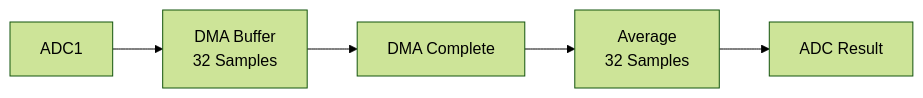
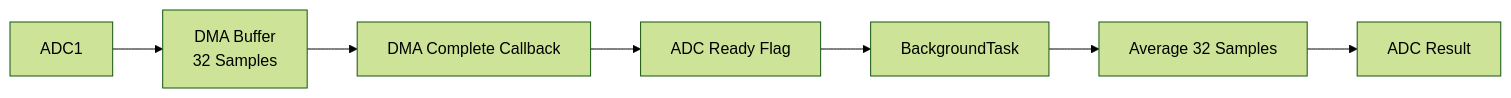
One commit to John0729/STM32F407-FreeRTOS-Smart-Controller changed the third of 5 diagrams in README.md. Above: the diagram before and after it, drawn with Mermaid (forest theme). The commit also changed other lines of this file and 1 other file, not shown here.

````diff
--- a/README.md
+++ b/README.md
@@ -220,14 +276,18 @@
 ```mermaid
 flowchart LR
 
     ADC[ADC1]
     DMA[DMA Buffer<br/>32 Samples]
-    EVENT[DMA Complete]
-    AVG[Average<br/>32 Samples]
+    ISR[DMA Complete Callback]
+    FLAG[ADC Ready Flag]
+    BG[BackgroundTask]
+    AVG[Average 32 Samples]
     RESULT[ADC Result]
 
     ADC --> DMA
-    DMA --> EVENT
-    EVENT --> AVG
+    DMA --> ISR
+    ISR --> FLAG
+    FLAG --> BG
+    BG --> AVG
     AVG --> RESULT
 ```
````
